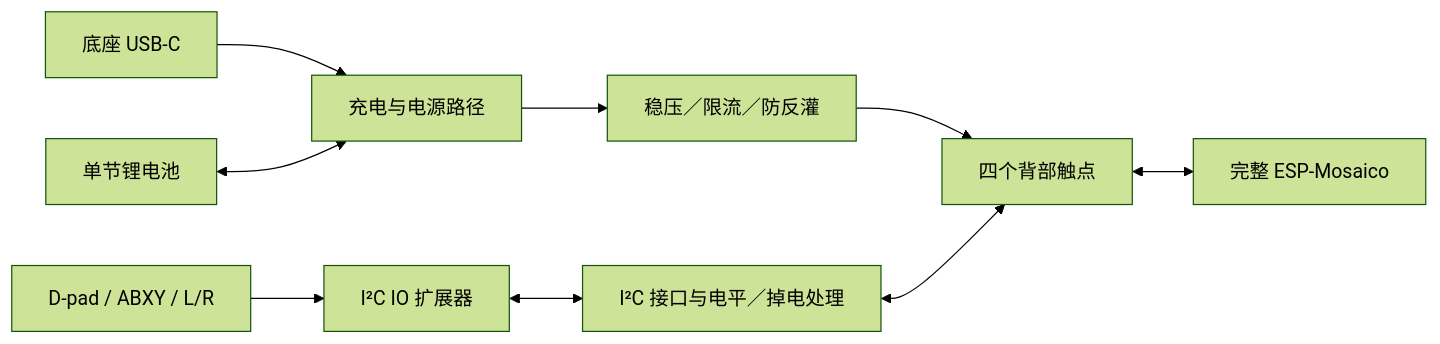
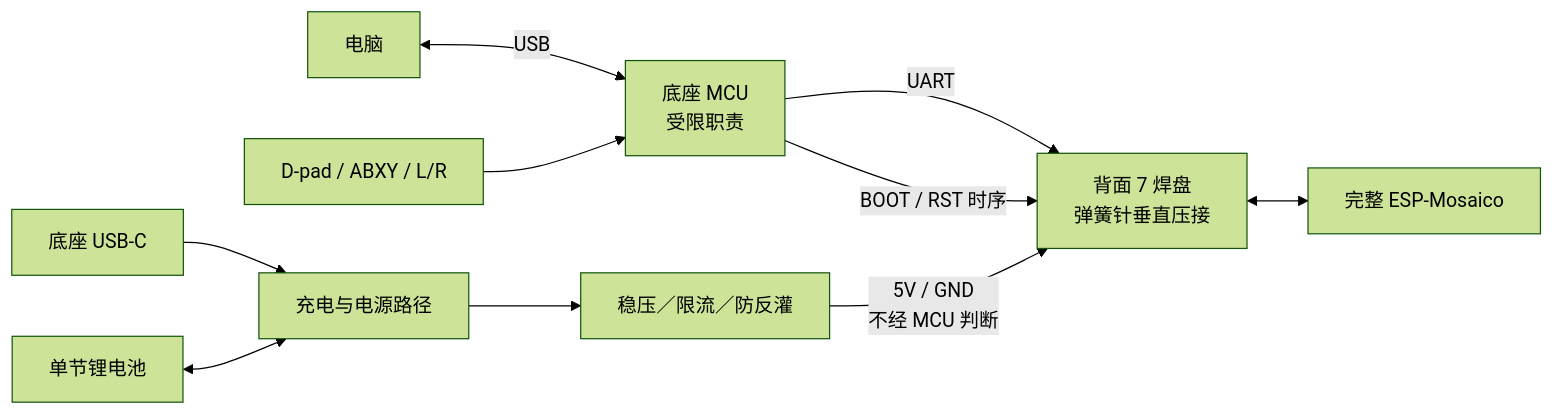
The diagram in README.md (ChromeTokyo/MosaicoKeyboard), drawn with Mermaid (forest theme) before and after one commit. The commit also changed other lines of this file, not shown here.

````diff
--- a/README.md
+++ b/README.md
@@ -41,11 +43,12 @@
 ```mermaid
 flowchart LR
+    PC[电脑] <-->|USB| MCU
     USB[底座 USB-C] --> POWER[充电与电源路径]
     BAT[单节锂电池] <--> POWER
     POWER --> OUT[稳压／限流／防反灌]
-    OUT --> CONTACT[四个背部触点]
-    KEYS[D-pad / ABXY / L/R] --> IO[I²C IO 扩展器]
-    IO <--> BUS[I²C 接口与电平／掉电处理]
-    BUS <--> CONTACT
-    CONTACT <--> MOS[完整 ESP-Mosaico]
+    KEYS[D-pad / ABXY / L/R] --> MCU[底座 MCU<br/>受限职责]
+    MCU -->|UART| PADS
+    MCU -->|BOOT / RST 时序| PADS
+    OUT -->|5V / GND<br/>不经 MCU 判断| PADS[背面 7 焊盘<br/>弹簧针垂直压接]
+    PADS <--> MOS[完整 ESP-Mosaico]
 ```
````
